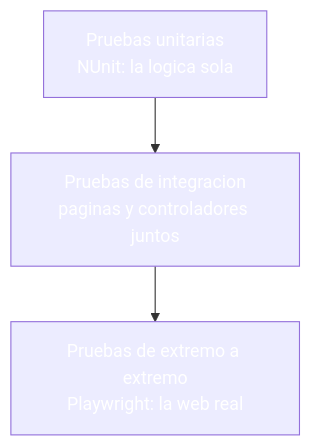
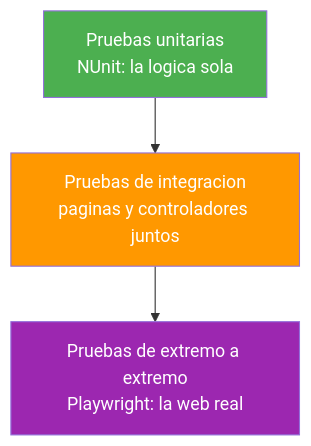
One commit to joseluisgs/DesarrolloWebEntornosServidor-03-2026-2027 changed the first of 5 diagrams in 24-testing-documentacion.md. Above: the diagram before and after it, drawn with Mermaid. The commit also changed other lines of this file and 25 other files, not shown here.

Commit message:
docs: corregir los estilos Mermaid de los temas y alinear el dominio del tema 25 con ProductosApp

````diff
--- a/24-testing-documentacion.md
+++ b/24-testing-documentacion.md
@@ -50,11 +50,11 @@
 ```mermaid
 graph TD
     E["Pruebas de extremo a extremo<br/>Playwright: la web real"]
     I["Pruebas de integracion<br/>paginas y controladores juntos"]
     U["Pruebas unitarias<br/>NUnit: la logica sola"]
     U --> I
     I --> E
-    style E fill:#9C27B,color:#fff0,color:#fff
-    style I fill:#FF980,color:#fff0,color:#fff
-    style U fill:#4CAF5,color:#fff0,color:#fff
+    style E fill:#9C27B0,color:#fff
+    style I fill:#FF9800,color:#fff
+    style U fill:#4CAF50,color:#fff
 ```
````
